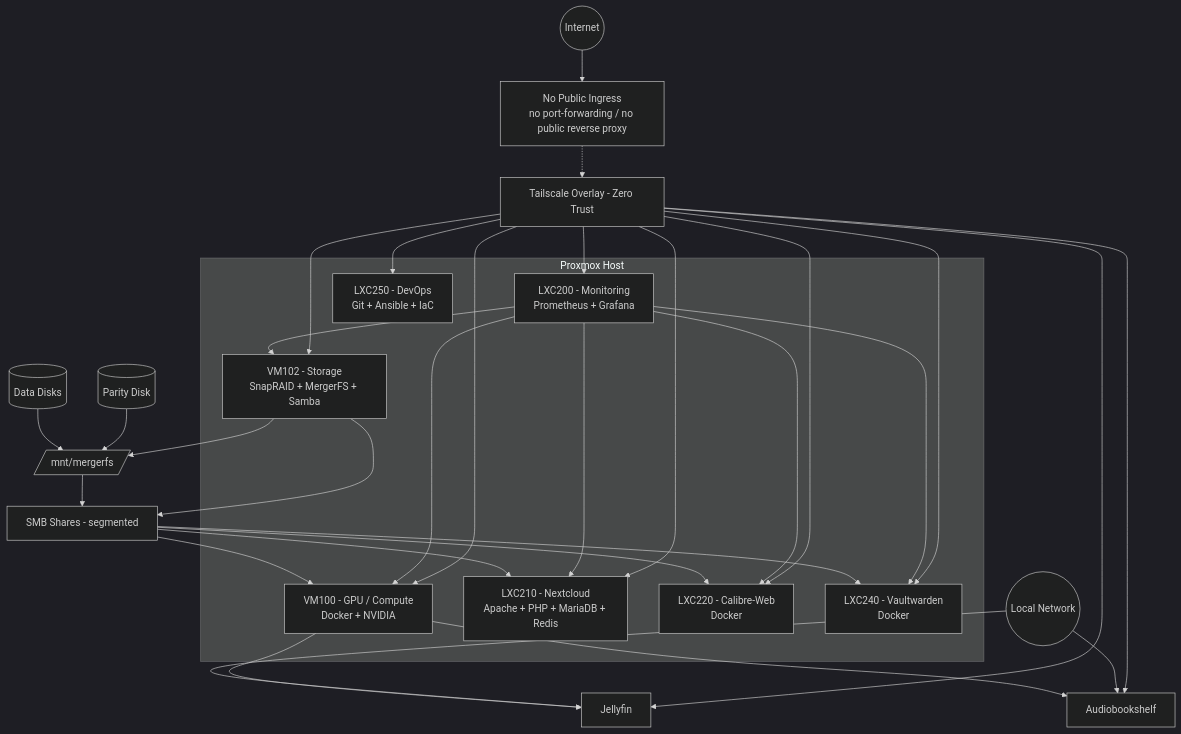
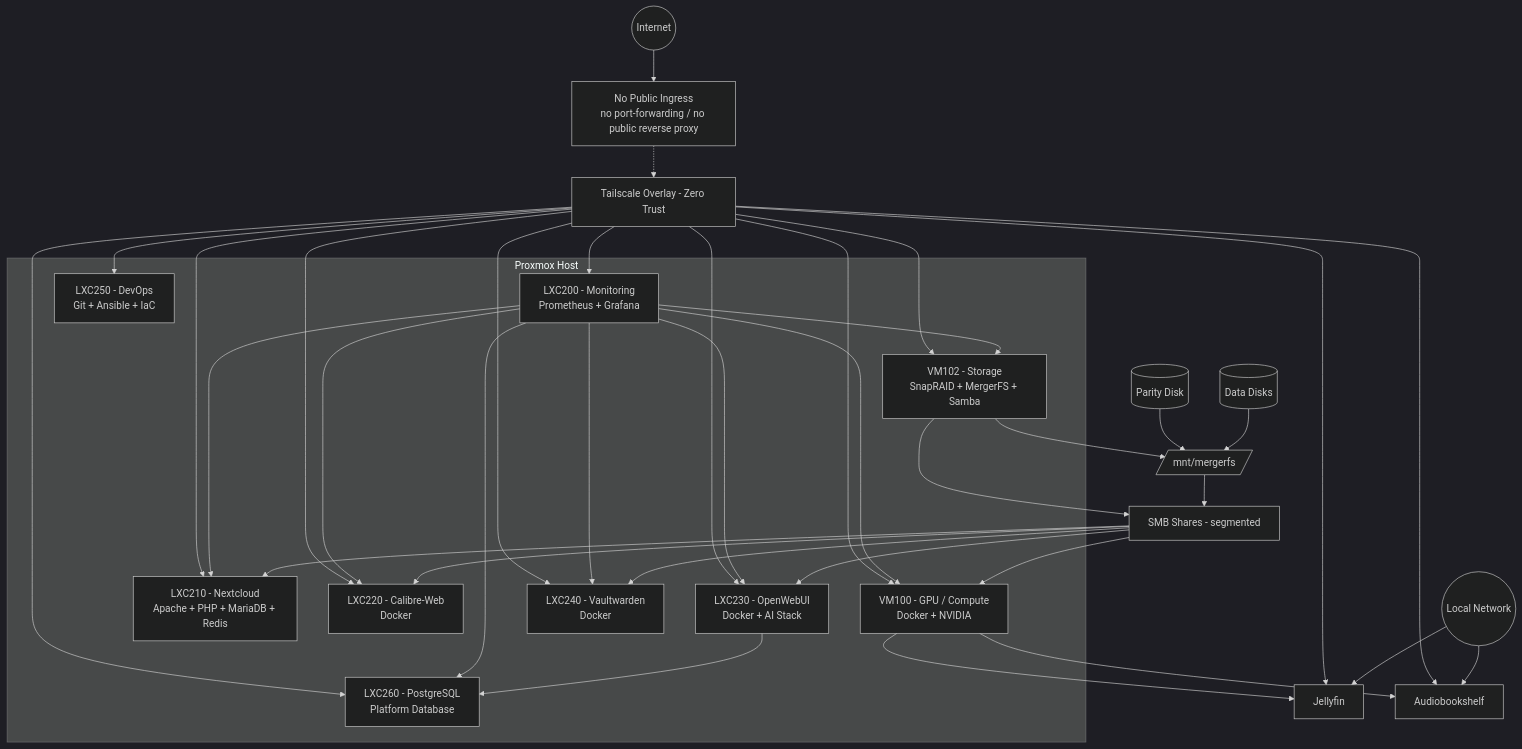
Before and after one commit to sohanreddyk/homelab-server-architecture: the diagram in docs/architecture/diagram.md, drawn with Mermaid (dark theme). The commit also changed 5 other files, not shown here.

````diff
--- a/docs/architecture/diagram.md
+++ b/docs/architecture/diagram.md
@@ -9,68 +9,78 @@
 ```mermaid
 flowchart TB
 
   %% Access Layers
   Internet((Internet))
   LAN((Local Network))
   TS[Tailscale Overlay - Zero Trust]
   NoPublic[No Public Ingress<br/>no port-forwarding / no public reverse proxy]
 
   Internet --> NoPublic
   NoPublic -.-> TS
 
   %% Proxmox Layer
   subgraph Proxmox Host
     VM102[VM102 - Storage<br/>SnapRAID + MergerFS + Samba]
     VM100[VM100 - GPU / Compute<br/>Docker + NVIDIA]
     LXC200[LXC200 - Monitoring<br/>Prometheus + Grafana]
     LXC210[LXC210 - Nextcloud<br/>Apache + PHP + MariaDB + Redis]
     LXC220[LXC220 - Calibre-Web<br/>Docker]
+    LXC230[LXC230 - OpenWebUI<br/>Docker + AI Stack]
     LXC240[LXC240 - Vaultwarden<br/>Docker]
     LXC250[LXC250 - DevOps<br/>Git + Ansible + IaC]
+    LXC260[LXC260 - PostgreSQL<br/>Platform Database]
   end
 
   %% Storage Internals
   Disks[(Data Disks)]
   Parity[(Parity Disk)]
   MergerFS[/mnt/mergerfs/]
   Samba[SMB Shares - segmented]
 
   Disks --> MergerFS
   Parity --> MergerFS
   MergerFS --> Samba
   VM102 --> MergerFS
   VM102 --> Samba
 
   %% Storage Consumers
   Samba --> VM100
   Samba --> LXC210
   Samba --> LXC220
+  Samba --> LXC230
   Samba --> LXC240
+
+  %% Database Dependency
+  LXC230 --> LXC260
 
   %% VM100 Services
   VM100 --> Jellyfin[Jellyfin]
   VM100 --> ABS[Audiobookshelf]
 
   %% Monitoring Targets
   LXC200 --> VM102
   LXC200 --> VM100
   LXC200 --> LXC210
   LXC200 --> LXC220
+  LXC200 --> LXC230
   LXC200 --> LXC240
+  LXC200 --> LXC260
 
   %% Access Model
   TS --> VM100
   TS --> VM102
   TS --> LXC200
   TS --> LXC210
   TS --> LXC220
+  TS --> LXC230
   TS --> LXC240
   TS --> LXC250
+  TS --> LXC260
 
   LAN --> Jellyfin
   LAN --> ABS
 
   TS --> Jellyfin
   TS --> ABS
 
 ```
````
